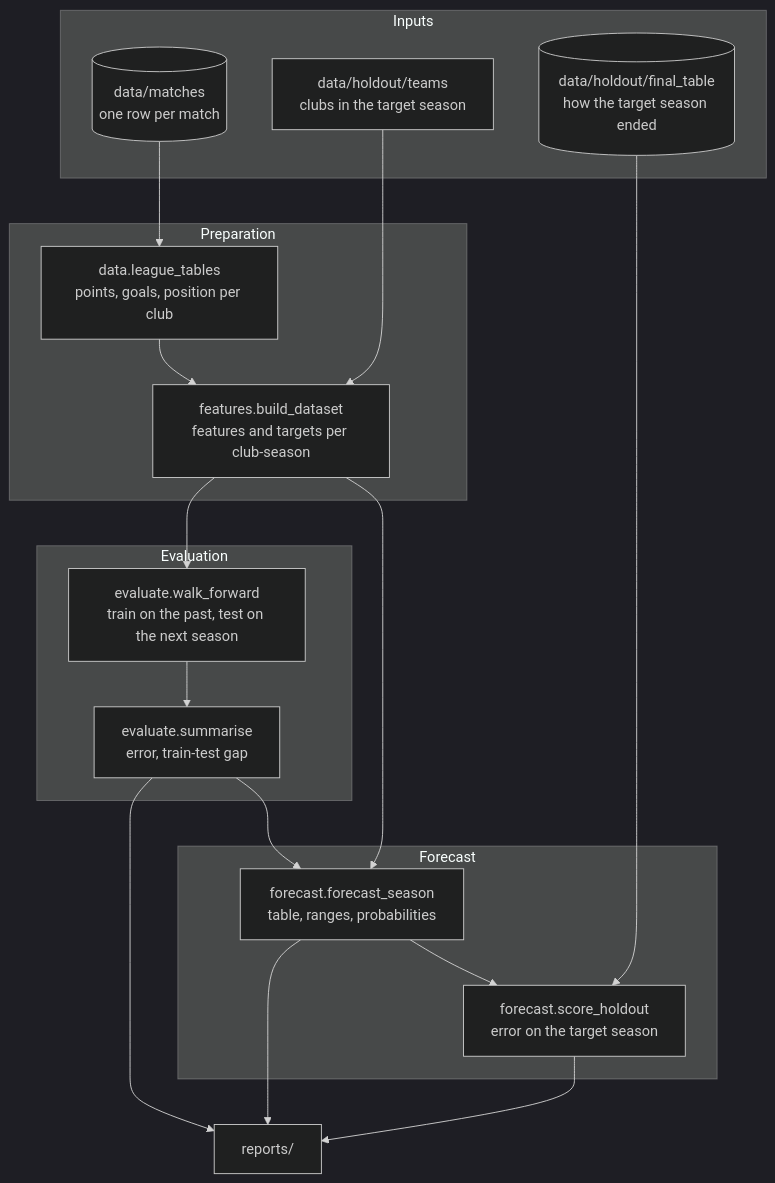
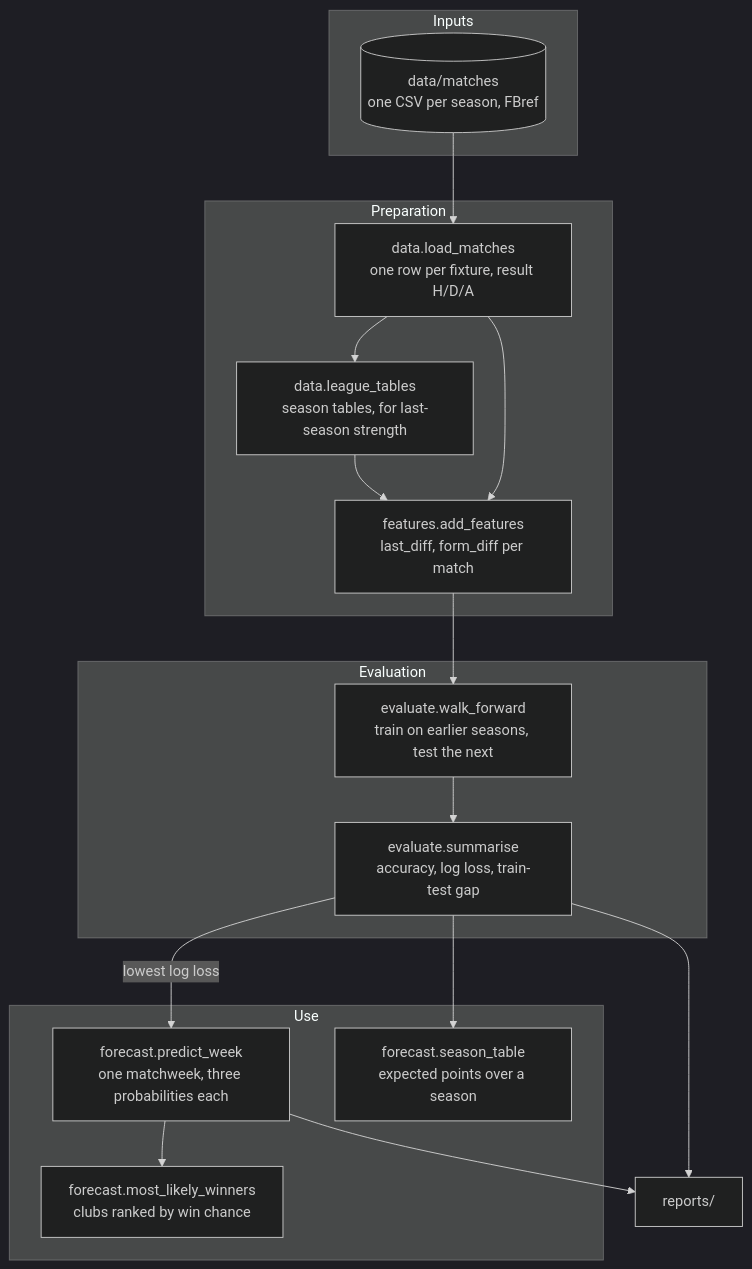
One commit to sal2049/saudi-pro-league-forecast changed the diagram in docs/architecture.md. Above: the diagram before and after it, drawn with Mermaid (dark theme). The commit also changed other lines of this file and 17 other files, not shown here.

````diff
--- a/docs/architecture.md
+++ b/docs/architecture.md
@@ -5,32 +5,31 @@
 ```mermaid
 flowchart TB
     subgraph inputs [Inputs]
-        M[("data/matches<br/>one row per match")]
-        C["data/holdout/teams<br/>clubs in the target season"]
-        R[("data/holdout/final_table<br/>how the target season ended")]
+        M[("data/matches<br/>one CSV per season, FBref")]
     end
 
     subgraph prep [Preparation]
-        T["data.league_tables<br/>points, goals, position per club"]
-        F["features.build_dataset<br/>features and targets per club-season"]
+        L["data.load_matches<br/>one row per fixture, result H/D/A"]
+        T["data.league_tables<br/>season tables, for last-season strength"]
+        F["features.add_features<br/>last_diff, form_diff per match"]
     end
 
     subgraph eval [Evaluation]
-        W["evaluate.walk_forward<br/>train on the past, test on the next season"]
-        S["evaluate.summarise<br/>error, train-test gap"]
+        W["evaluate.walk_forward<br/>train on earlier seasons, test the next"]
+        S["evaluate.summarise<br/>accuracy, log loss, train-test gap"]
     end
 
-    subgraph out [Forecast]
-        P["forecast.forecast_season<br/>table, ranges, probabilities"]
-        H["forecast.score_holdout<br/>error on the target season"]
+    subgraph use [Use]
+        K["forecast.predict_week<br/>one matchweek, three probabilities each"]
+        R["forecast.most_likely_winners<br/>clubs ranked by win chance"]
+        Q["forecast.season_table<br/>expected points over a season"]
     end
 
-    M --> T --> F
-    C --> F
-    F --> W --> S --> P
-    F --> P --> H
-    R --> H
+    M --> L --> T --> F
+    L --> F
+    F --> W --> S
+    S -->|lowest log loss| K --> R
+    S --> Q
     S --> O["reports/"]
-    P --> O
-    H --> O
+    K --> O
 ```
````
